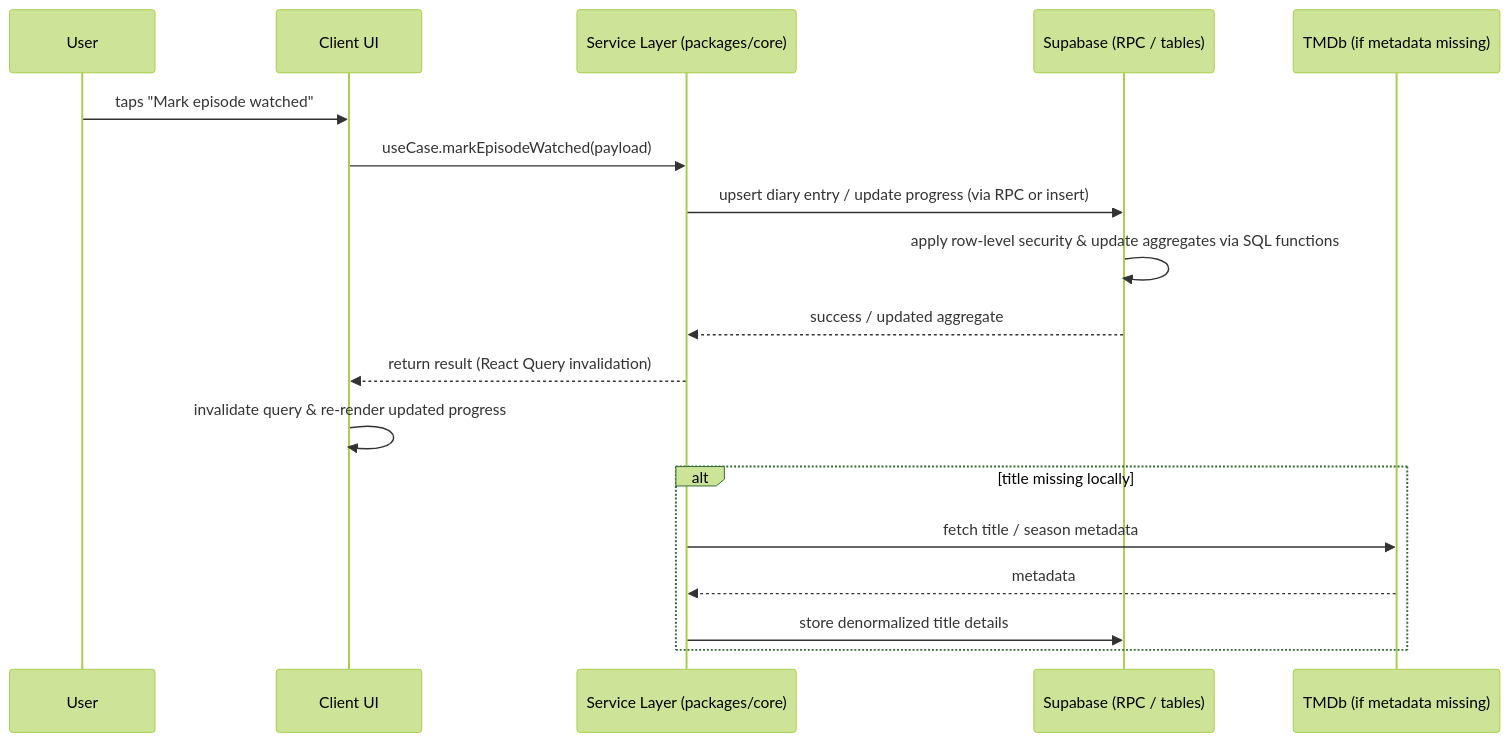
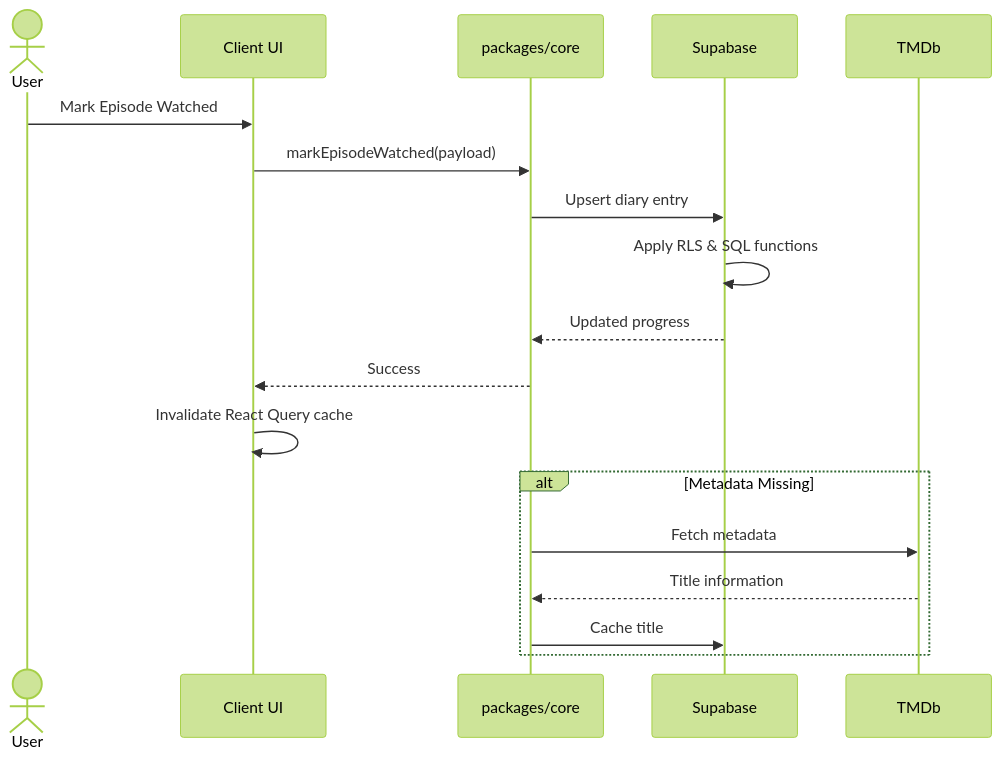
Before and after one commit to caiohportella/kino: the second of 2 diagrams in README.md, drawn with Mermaid (forest theme). The commit also changed other lines of this file, not shown here.

````diff
--- a/README.md
+++ b/README.md
@@ -67,20 +196,29 @@
 ```mermaid
 sequenceDiagram
-  participant U as User
-  participant UI as Client UI
-  participant Svc as Service Layer (packages/core)
-  participant SB as Supabase (RPC / tables)
-  participant TM as TMDb (if metadata missing)
-  U->>UI: taps "Mark episode watched"
-  UI->>Svc: useCase.markEpisodeWatched(payload)
-  Svc->>SB: upsert diary entry / update progress (via RPC or insert)
-  SB->>SB: apply row-level security & update aggregates via SQL functions
-  SB-->>Svc: success / updated aggregate
-  Svc-->>UI: return result (React Query invalidation)
-  UI->>UI: invalidate query & re-render updated progress
-  alt title missing locally
-    Svc->>TM: fetch title / season metadata
-    TM-->>Svc: metadata
-    Svc->>SB: store denormalized title details
-  end
+
+    actor User
+
+    participant UI as Client UI
+    participant Core as packages/core
+    participant Supabase
+    participant TMDb
+
+    User->>UI: Mark Episode Watched
+    UI->>Core: markEpisodeWatched(payload)
+
+    Core->>Supabase: Upsert diary entry
+    Supabase->>Supabase: Apply RLS & SQL functions
+
+    Supabase-->>Core: Updated progress
+    Core-->>UI: Success
+
+    UI->>UI: Invalidate React Query cache
+
+    alt Metadata Missing
+
+        Core->>TMDb: Fetch metadata
+        TMDb-->>Core: Title information
+        Core->>Supabase: Cache title
+
+    end
 ```
````
